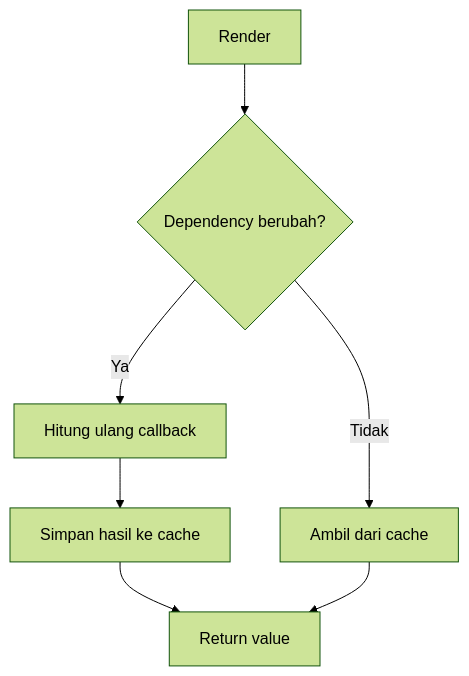
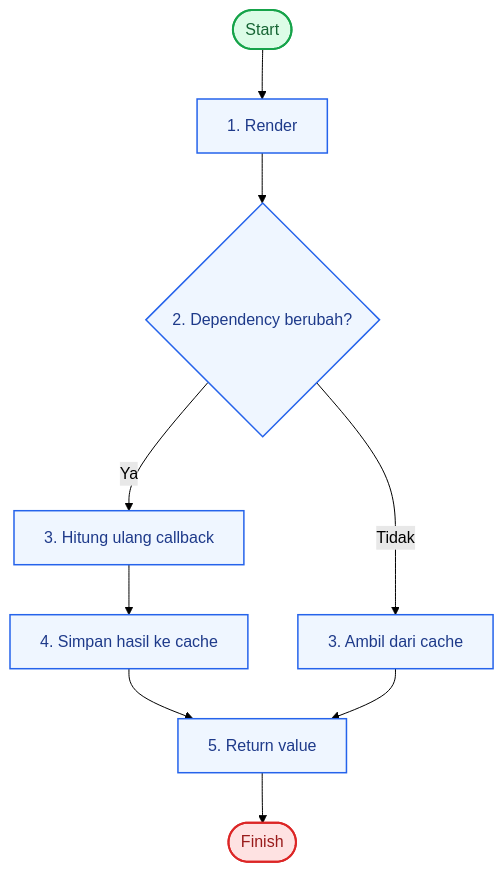
The first of 4 diagrams in doc/function-usememo-guide.md (seftronics/react-basic), drawn with Mermaid (forest theme) before and after one commit. The commit also changed other lines of this file and 8 other files, not shown here.

````diff
--- a/doc/function-usememo-guide.md
+++ b/doc/function-usememo-guide.md
@@ -13,9 +13,16 @@
 ```mermaid
 flowchart TD
-    A[Render] --> B{Dependency berubah?}
-    B -- Ya --> C[Hitung ulang callback]
-    C --> D[Simpan hasil ke cache]
-    B -- Tidak --> E[Ambil dari cache]
-    D --> F[Return value]
+    S([Start]) --> A[1. Render]
+    A --> B{2. Dependency berubah?}
+    B -- Ya --> C[3. Hitung ulang callback]
+    C --> D[4. Simpan hasil ke cache]
+    B -- Tidak --> E[3. Ambil dari cache]
+    D --> F[5. Return value]
     E --> F
+    F --> Z([Finish])
+    classDef default fill:#eff6ff,stroke:#2563eb,stroke-width:1.5px,color:#1e3a8a;
+    classDef start fill:#dcfce7,stroke:#16a34a,stroke-width:2px,color:#166534;
+    classDef finish fill:#fee2e2,stroke:#dc2626,stroke-width:2px,color:#991b1b;
+    class S start;
+    class Z finish;
 ```
````
